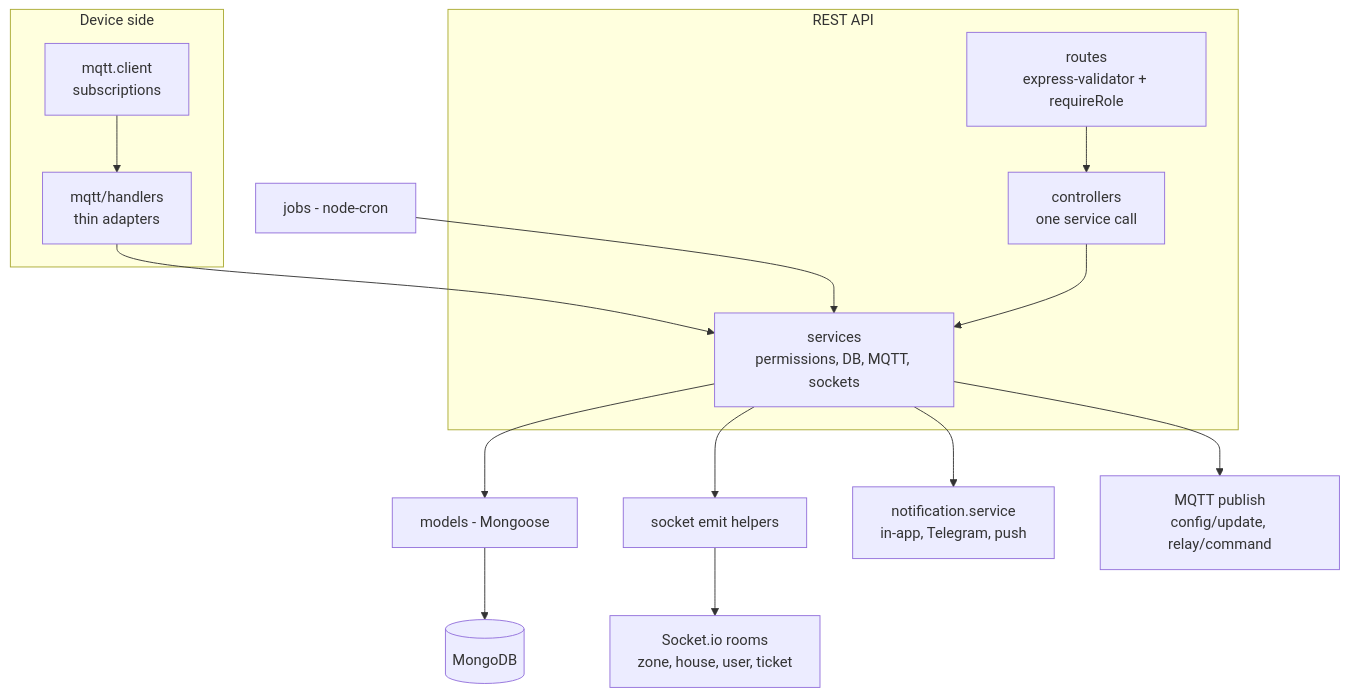
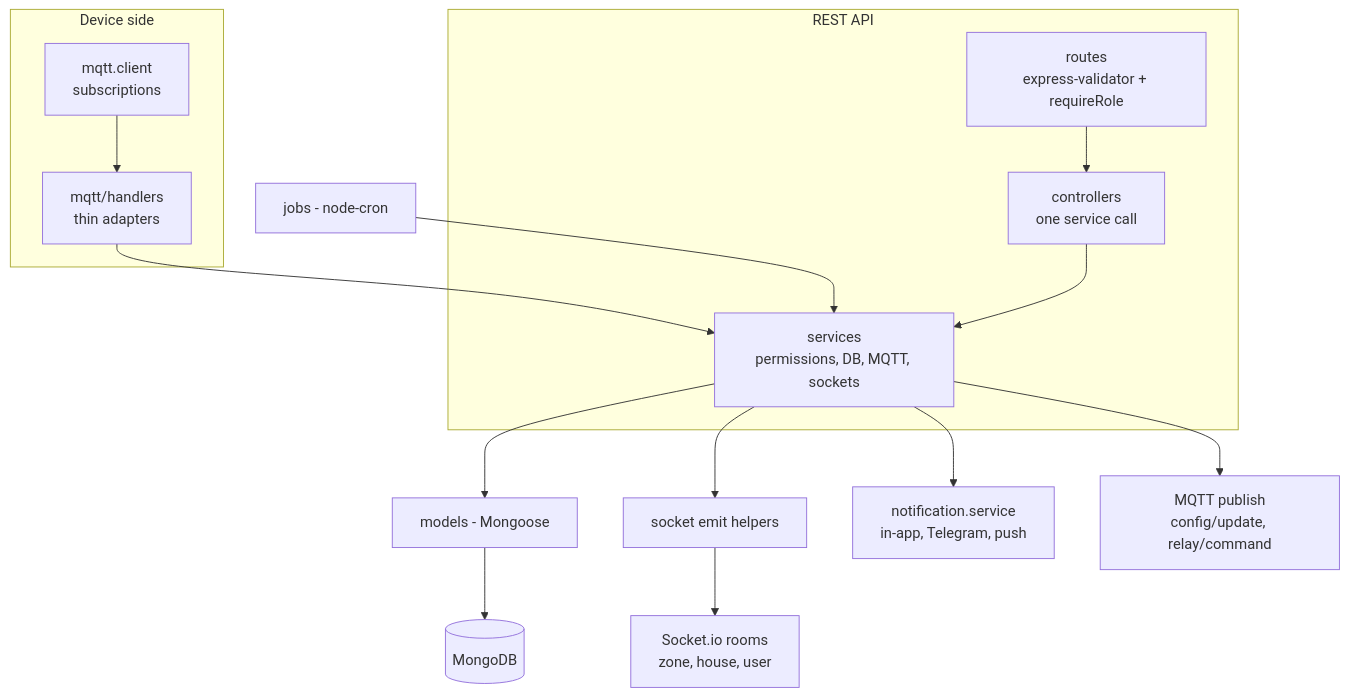
Before and after one commit to NBao261/SwiftletCare_KLTN: the second of 34 diagrams in docs/reports/report4-sdd.md, drawn with Mermaid. The commit also changed other lines of this file and 24 other files, not shown here.

````diff
--- a/docs/reports/report4-sdd.md
+++ b/docs/reports/report4-sdd.md
@@ -246,14 +247,14 @@
 ```mermaid
 flowchart TB
   subgraph HTTP[REST API]
     RT[routes<br/>express-validator + requireRole] --> CT[controllers<br/>one service call] --> SV[services<br/>permissions, DB, MQTT, sockets]
   end
   subgraph IO[Device side]
     MQ[mqtt.client<br/>subscriptions] --> HD[mqtt/handlers<br/>thin adapters] --> SV
   end
   JOBS[jobs - node-cron] --> SV
   SV --> MD[models - Mongoose] --> DB[(MongoDB)]
-  SV --> EMIT[socket emit helpers] --> WS[Socket.io rooms<br/>zone, house, user, ticket]
+  SV --> EMIT[socket emit helpers] --> WS[Socket.io rooms<br/>zone, house, user]
   SV --> NOTI[notification.service<br/>in-app, Telegram, push]
   SV --> PUB[MQTT publish<br/>config/update, relay/command]
 ```
````
